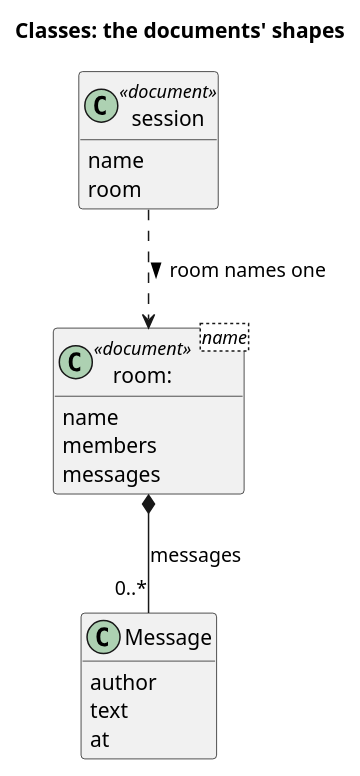
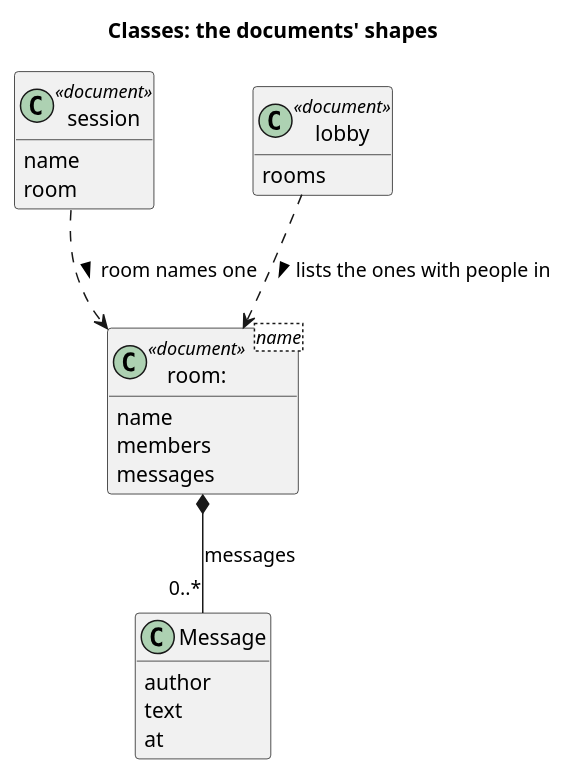
The diagram in uml/src/classes.puml (blueshed/dzql), drawn with PlantUML before and after one commit. The commit also changed 5 other files, not shown here.

Commit message:
uml: the lobby, a transient document -- the rooms with people in them now; opened once you have a name, changed only as an effect (a room gains its first person, a room loses its last), never written

```diff
--- a/uml/src/classes.puml
+++ b/uml/src/classes.puml
@@ -1,24 +1,29 @@
 @startuml
 title Classes: the documents' shapes
 hide empty methods
 
 class "room:<name>" as RoomDoc <<document>> {
   name
   members
   messages
 }
 
 class "session" as SessionDoc <<document>> {
   name
   room
 }
 
+class "lobby" as LobbyDoc <<document>> {
+  rooms
+}
+
 class Message {
   author
   text
   at
 }
 
 RoomDoc *-- "0..*" Message : messages
 SessionDoc ..> RoomDoc : room names one >
+LobbyDoc ..> RoomDoc : lists the ones with people in >
 @enduml
```
